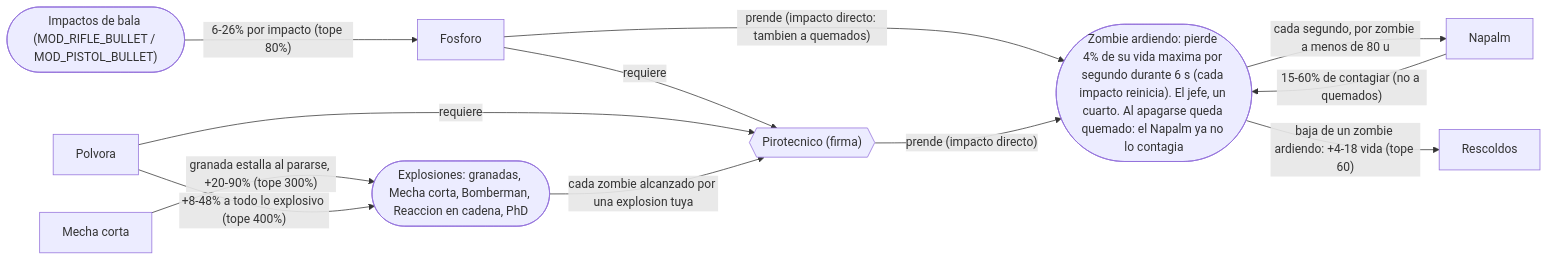
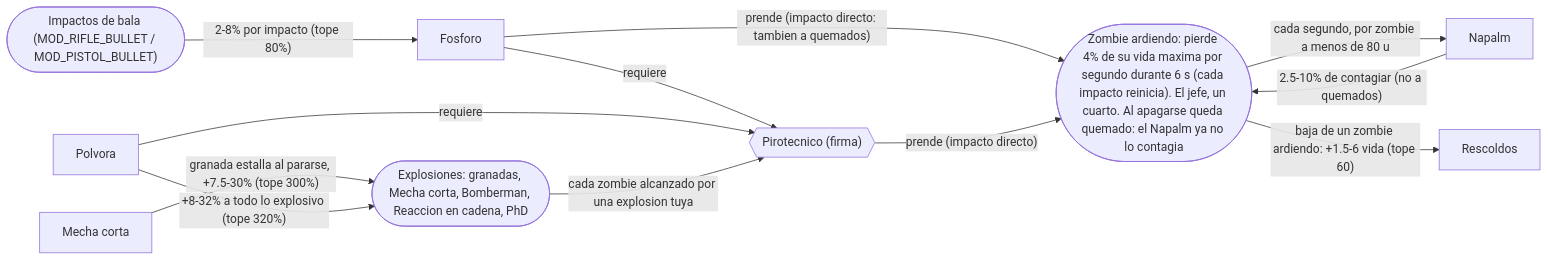
One commit to emailyasi1/bo2jodas changed the fifth of 15 diagrams in ARQUETIPOS.md. Above: the diagram before and after it, drawn with Mermaid. The commit also changed other lines of this file and 12 other files, not shown here.

First line of the commit message:
1.10.10: 10 copias por carta, aguante de los zombies, dificultad (Maldicion), barra de vida

````diff
--- a/ARQUETIPOS.md
+++ b/ARQUETIPOS.md
@@ -207,23 +207,23 @@
 ```mermaid
 flowchart LR
     explosivo["Polvora"]
     fosforo["Fosforo"]
     napalm["Napalm"]
     rescoldos["Rescoldos"]
     mecha["Mecha corta"]
     pirotecnico{{"Pirotecnico (firma)"}}
+    EXPLO(["Explosiones: granadas, Mecha corta, Bomberman, Reaccion en cadena, PhD"])
     BALAS(["Impactos de bala (MOD_RIFLE_BULLET / MOD_PISTOL_BULLET)"])
     FUEGO(["Zombie ardiendo: pierde 4% de su vida maxima por segundo durante 6 s (cada impacto reinicia). El jefe, un cuarto. Al apagarse queda quemado: el Napalm ya no lo contagia"])
-    EXPLO(["Explosiones: granadas, Mecha corta, Bomberman, Reaccion en cadena, PhD"])
-    BALAS -->|"6-26% por impacto (tope 80%)"| fosforo
+    BALAS -->|"2-8% por impacto (tope 80%)"| fosforo
     fosforo -->|"prende (impacto directo: tambien a quemados)"| FUEGO
     FUEGO -->|"cada segundo, por zombie a menos de 80 u"| napalm
-    napalm -->|"15-60% de contagiar (no a quemados)"| FUEGO
-    FUEGO -->|"baja de un zombie ardiendo: +4-18 vida (tope 60)"| rescoldos
-    mecha -->|"granada estalla al pararse, +20-90% (tope 300%)"| EXPLO
-    explosivo -->|"+8-48% a todo lo explosivo (tope 400%)"| EXPLO
+    napalm -->|"2.5-10% de contagiar (no a quemados)"| FUEGO
+    FUEGO -->|"baja de un zombie ardiendo: +1.5-6 vida (tope 60)"| rescoldos
+    mecha -->|"granada estalla al pararse, +7.5-30% (tope 300%)"| EXPLO
+    explosivo -->|"+8-32% a todo lo explosivo (tope 320%)"| EXPLO
     fosforo -->|"requiere"| pirotecnico
     explosivo -->|"requiere"| pirotecnico
     EXPLO -->|"cada zombie alcanzado por una explosion tuya"| pirotecnico
     pirotecnico -->|"prende (impacto directo)"| FUEGO
 ```
````
